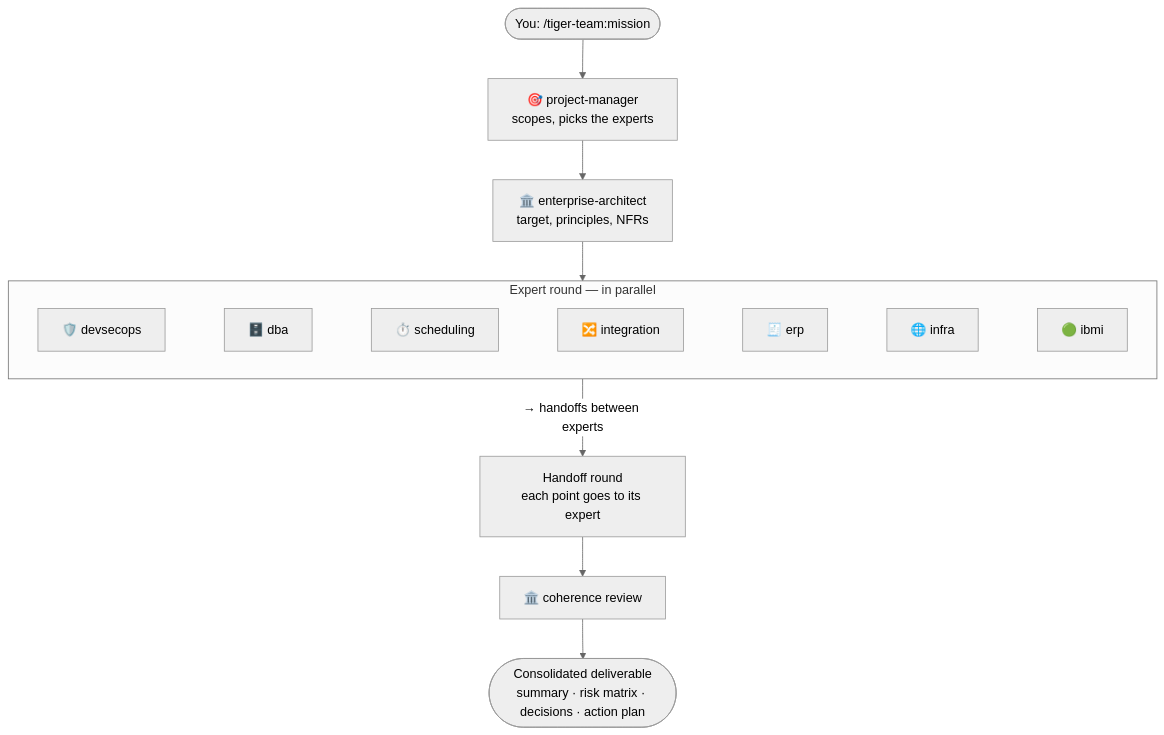
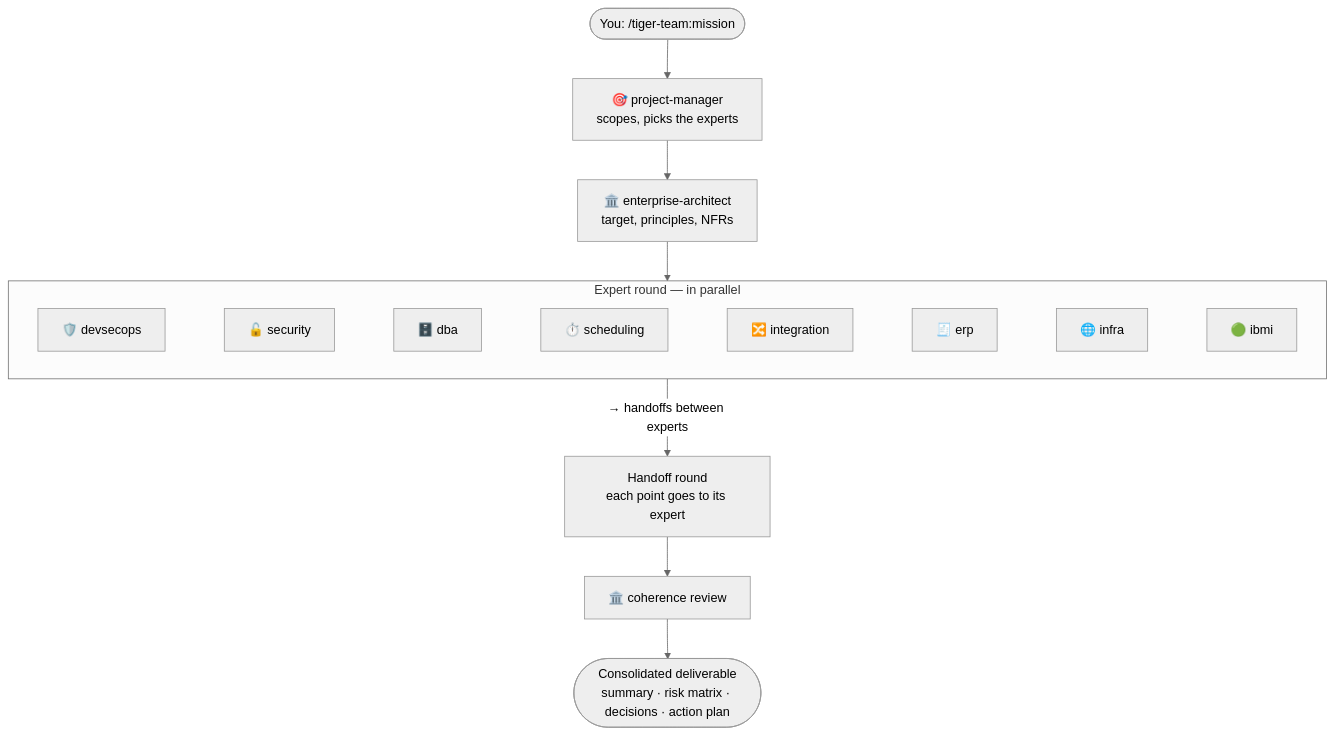
One commit to Crapule421/tiger-team changed the diagram in README.md. Above: the diagram before and after it, drawn with Mermaid (neutral theme). The commit also changed other lines of this file and 33 other files, not shown here.

````diff
--- a/README.md
+++ b/README.md
@@ -104,16 +105,16 @@
 ```mermaid
 flowchart TD
     U([You: /tiger-team:mission]) --> PM
 
     PM[🎯 project-manager<br/>scopes, picks the experts] --> EA[🏛️ enterprise-architect<br/>target, principles, NFRs]
     EA --> R1
 
     subgraph R1[Expert round — in parallel]
         direction LR
-        E1[🛡️ devsecops] ~~~ E2[🗄️ dba] ~~~ E3[⏱️ scheduling] ~~~ E4[🔀 integration] ~~~ E5[🧾 erp] ~~~ E6[🌐 infra] ~~~ E7[🟢 ibmi]
+        E1[🛡️ devsecops] ~~~ E8[🔓 security] ~~~ E2[🗄️ dba] ~~~ E3[⏱️ scheduling] ~~~ E4[🔀 integration] ~~~ E5[🧾 erp] ~~~ E6[🌐 infra] ~~~ E7[🟢 ibmi]
     end
 
     R1 -->|"→ handoffs between experts"| H[Handoff round<br/>each point goes to its expert]
     H --> CR[🏛️ coherence review]
     CR --> OUT([Consolidated deliverable<br/>summary · risk matrix · decisions · action plan])
 ```
````
